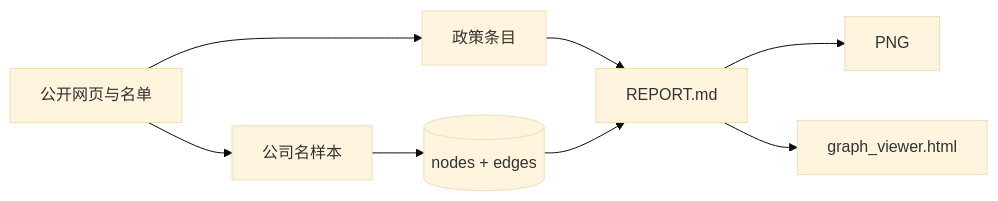
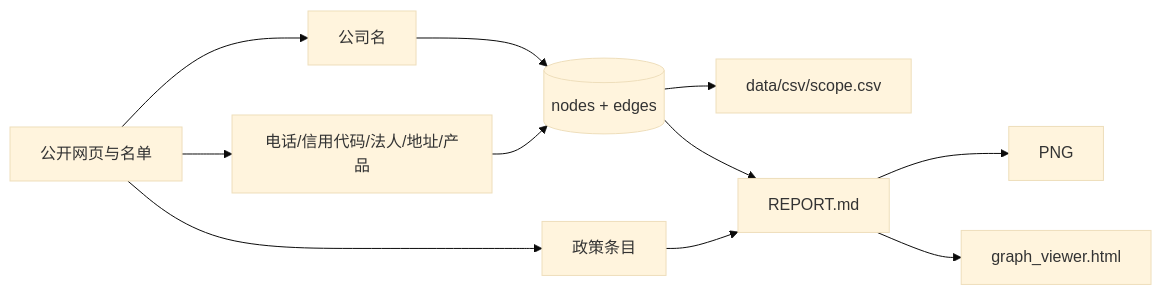
The eighth of 9 diagrams in docs/全流程.md (192tt/industry-graph-mcp), drawn with Mermaid (base theme) before and after one commit. The commit also changed other lines of this file and 11 other files, not shown here.

Commit message:
Publish industry graph MCP 0.6.0 and student collaboration guide

````diff
--- a/docs/全流程.md
+++ b/docs/全流程.md
@@ -237,10 +272,13 @@
 ```mermaid
 flowchart LR
-  Web[公开网页与名单] --> Names[公司名样本]
+  Web[公开网页与名单] --> Names[公司名]
+  Web --> Profile[电话/信用代码/法人/地址/产品]
   Web --> Pol[政策条目]
   Names --> DB[(nodes + edges)]
+  Profile --> DB
+  DB --> CSV[data/csv/scope.csv]
   Pol --> Rpt[REPORT.md]
   DB --> Rpt
   Rpt --> Charts[PNG]
   Rpt --> Viewer[graph_viewer.html]
 ```
````
